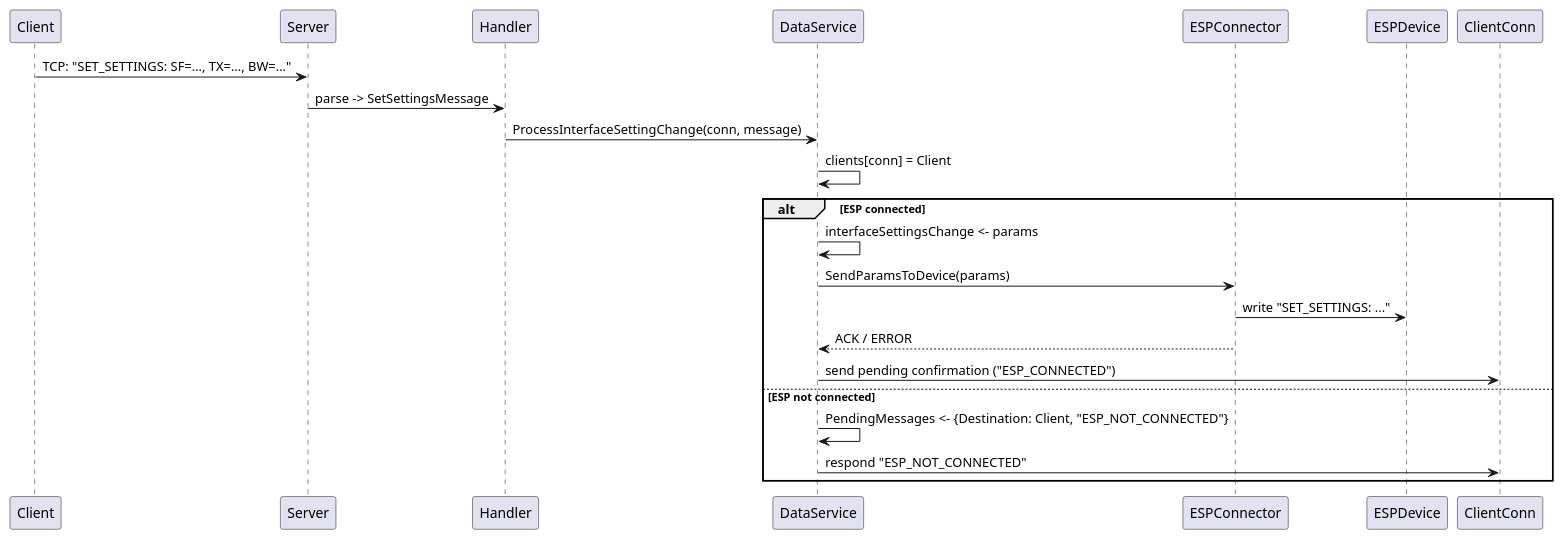
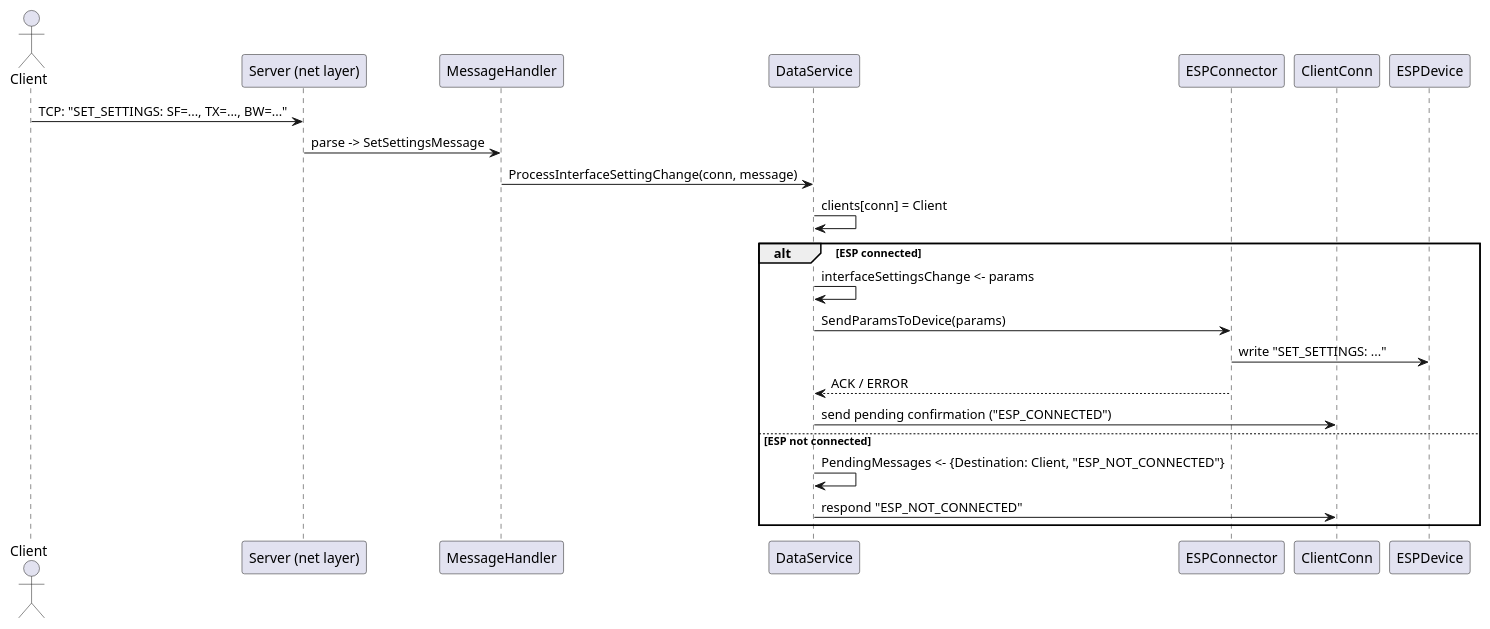
The diagram in doc/sset.puml (RedBlackHoodie/GsmLoraServer), drawn with PlantUML before and after one commit. The commit also changed 6 other files, not shown here.

```diff
--- a/doc/sset.puml
+++ b/doc/sset.puml
@@ -1,17 +1,23 @@
-@startuml title Client SET_SETTINGS flow actor Client participant "Server (net layer)" as Server participant "MessageHandler" as Handler participant "DataService" as DataService participant "ESPConnector" as ESPConnector participant "ClientConn" as ClientConn
+@startuml title Client SET_SETTINGS flow
+actor Client
+participant "Server (net layer)" as Server
+participant "MessageHandler" as Handler
+participant "DataService" as DataService
+participant "ESPConnector" as ESPConnector
+participant "ClientConn" as ClientConn
 
 Client -> Server: TCP: "SET_SETTINGS: SF=..., TX=..., BW=..."
 Server -> Handler: parse -> SetSettingsMessage
 Handler -> DataService: ProcessInterfaceSettingChange(conn, message)
 DataService -> DataService: clients[conn] = Client
 alt ESP connected
 DataService -> DataService: interfaceSettingsChange <- params
 DataService -> ESPConnector: SendParamsToDevice(params)
 ESPConnector -> ESPDevice: write "SET_SETTINGS: ..."
 ESPConnector --> DataService: ACK / ERROR
 DataService -> ClientConn: send pending confirmation ("ESP_CONNECTED")
 else ESP not connected
 DataService -> DataService: PendingMessages <- {Destination: Client, "ESP_NOT_CONNECTED"}
 DataService -> ClientConn: respond "ESP_NOT_CONNECTED"
 end
 @enduml
```
